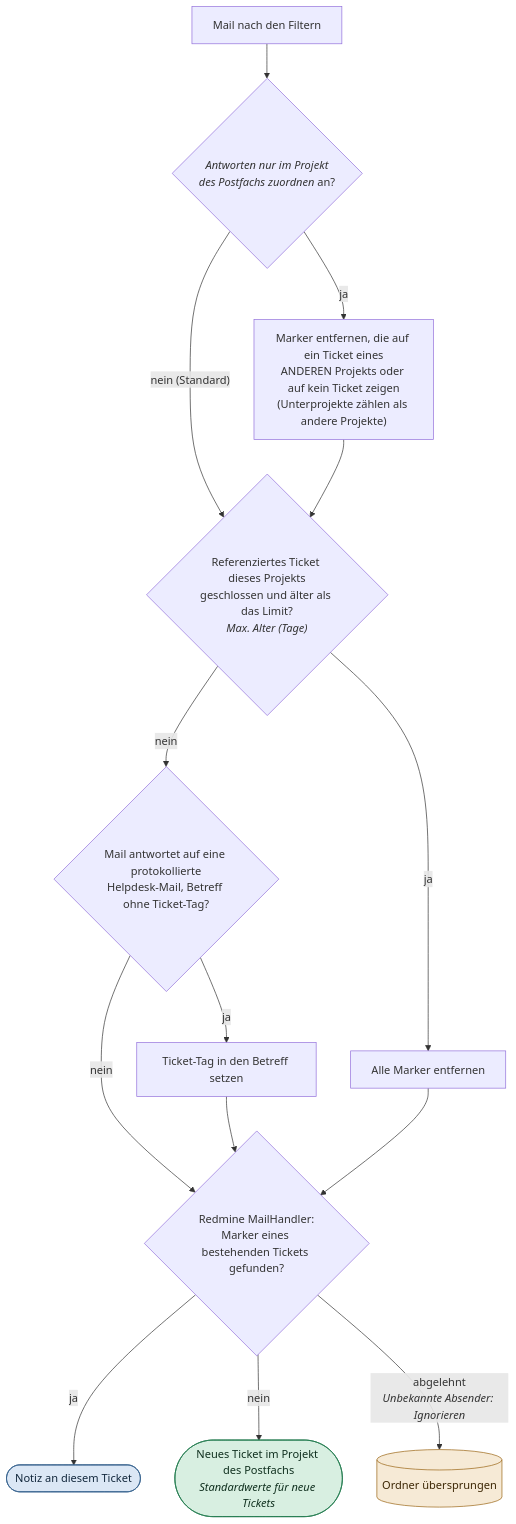
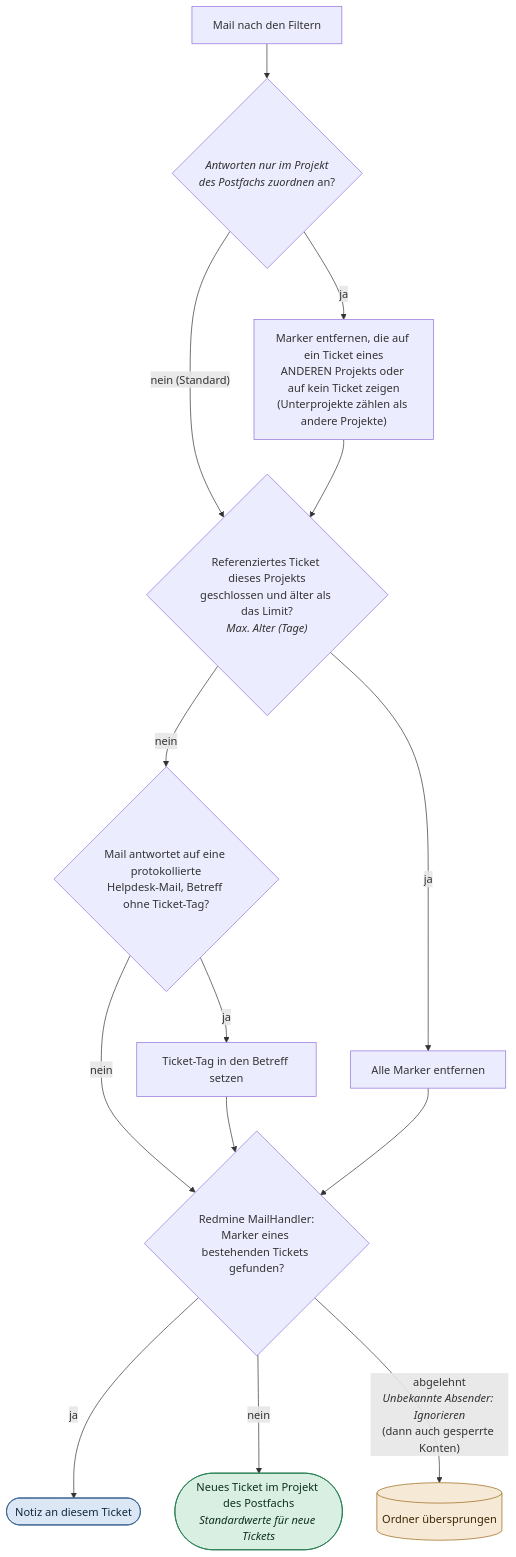
One commit to expertZentrale/redmine_expert_helpdesk changed the fifth of 11 diagrams in EMAIL_FLOW.de.md. Above: the diagram before and after it, drawn with Mermaid. The commit also changed other lines of this file and 15 other files, not shown here.

````diff
--- a/EMAIL_FLOW.de.md
+++ b/EMAIL_FLOW.de.md
@@ -154,19 +156,19 @@
 ```mermaid
 flowchart TD
   IN["Mail nach den Filtern"] --> SW{"<i>Antworten nur im Projekt<br/>des Postfachs zuordnen</i> an?"}
   SW -- ja --> SC["Marker entfernen, die auf ein Ticket eines<br/>ANDEREN Projekts oder auf kein Ticket zeigen<br/>(Unterprojekte zählen als andere Projekte)"]
   SW -- "nein (Standard)" --> AGE
   SC --> AGE{"Referenziertes Ticket dieses Projekts<br/>geschlossen und älter als das Limit?<br/><i>Max. Alter (Tage)</i>"}
   AGE -- ja --> STRIP["Alle Marker entfernen"]
   AGE -- nein --> TAG{"Mail antwortet auf eine protokollierte<br/>Helpdesk-Mail, Betreff ohne Ticket-Tag?"}
   TAG -- ja --> ADD["Ticket-Tag in den Betreff setzen"]
   TAG -- nein --> MH
   ADD --> MH
   STRIP --> MH{"Redmine MailHandler:<br/>Marker eines bestehenden Tickets gefunden?"}
   MH -- ja --> RE([Notiz an diesem Ticket]):::reply
   MH -- nein --> NEW(["Neues Ticket im Projekt des Postfachs<br/><i>Standardwerte für neue Tickets</i>"]):::new
-  MH -- "abgelehnt<br/><i>Unbekannte Absender: Ignorieren</i>" --> S[(Ordner übersprungen)]:::skip
+  MH -- "abgelehnt<br/><i>Unbekannte Absender: Ignorieren</i><br/>(dann auch gesperrte Konten)" --> S[(Ordner übersprungen)]:::skip
   classDef new fill:#d8efe1,stroke:#1f7a4d,color:#10301f
   classDef reply fill:#dbe7f5,stroke:#2f5d8a,color:#13283d
   classDef skip fill:#f6ead6,stroke:#9a6412,color:#3d2806
 ```
````
